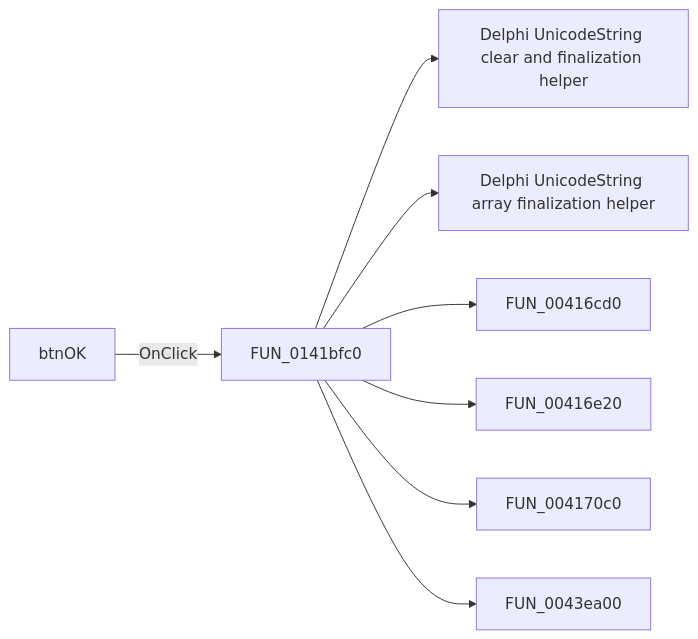
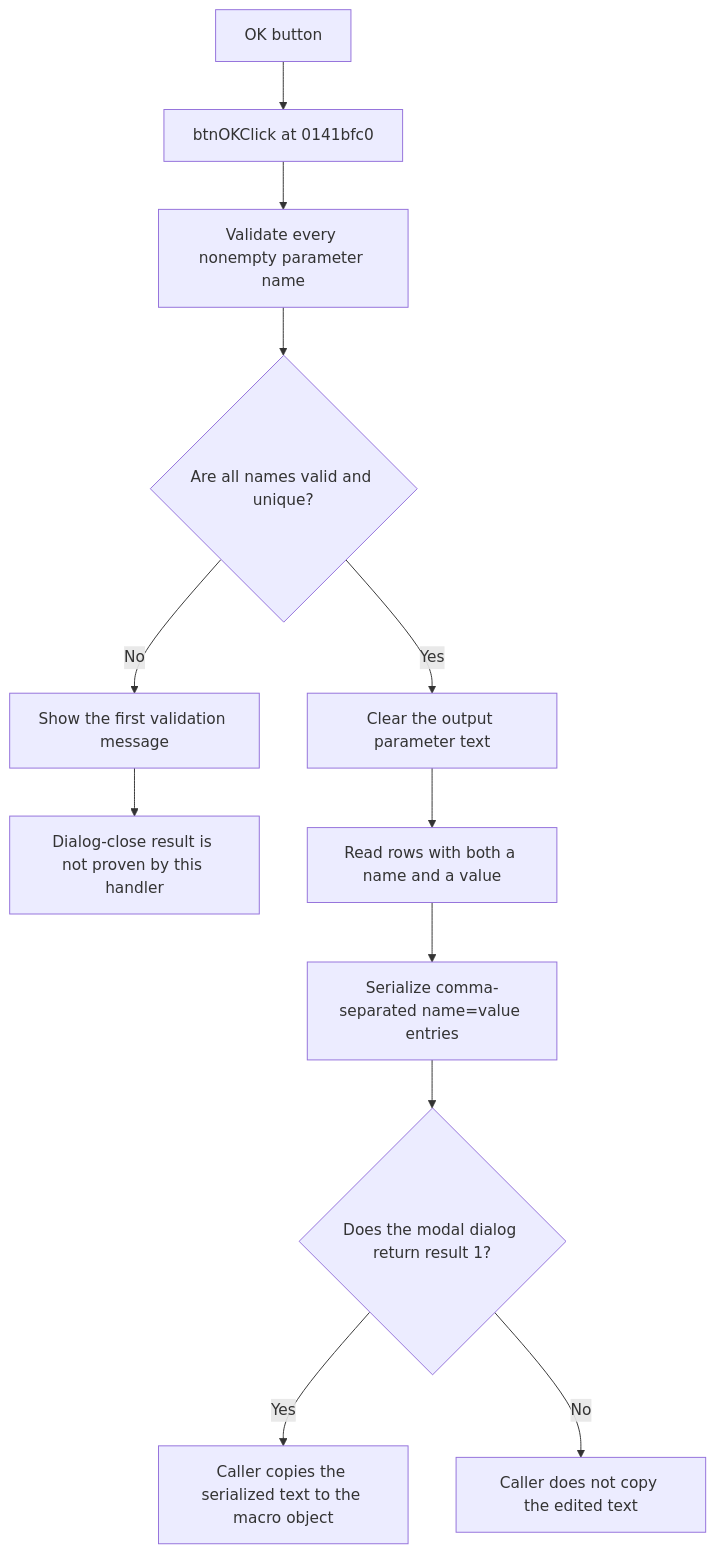
The diagram in docs/ui-controls/frmschmacroparameditor/btnok-9a7098adbe.md (MovGP0/TIARA), drawn with Mermaid before and after one commit. The commit also changed other lines of this file and 387 other files, not shown here.

````diff
--- a/docs/ui-controls/frmschmacroparameditor/btnok-9a7098adbe.md
+++ b/docs/ui-controls/frmschmacroparameditor/btnok-9a7098adbe.md
@@ -27,10 +33,14 @@
 ```mermaid
-flowchart LR
-    control["btnOK"] -->|OnClick| handler["FUN_0141bfc0"]
-    handler --> call1["Delphi UnicodeString clear and finalization helper"]
-    handler --> call2["Delphi UnicodeString array finalization helper"]
-    handler --> call3["FUN_00416cd0"]
-    handler --> call4["FUN_00416e20"]
-    handler --> call5["FUN_004170c0"]
-    handler --> call6["FUN_0043ea00"]
+flowchart TD
+    control["OK button"] --> handler["btnOKClick at 0141bfc0"]
+    handler --> validate["Validate every nonempty parameter name"]
+    validate --> valid{"Are all names valid and unique?"}
+    valid -->|No| message["Show the first validation message"]
+    message --> unknown["Dialog-close result is not proven by this handler"]
+    valid -->|Yes| clear["Clear the output parameter text"]
+    clear --> rows["Read rows with both a name and a value"]
+    rows --> encode["Serialize comma-separated name=value entries"]
+    encode --> accept{"Does the modal dialog return result 1?"}
+    accept -->|Yes| commit["Caller copies the serialized text to the macro object"]
+    accept -->|No| discard["Caller does not copy the edited text"]
 ```
````
